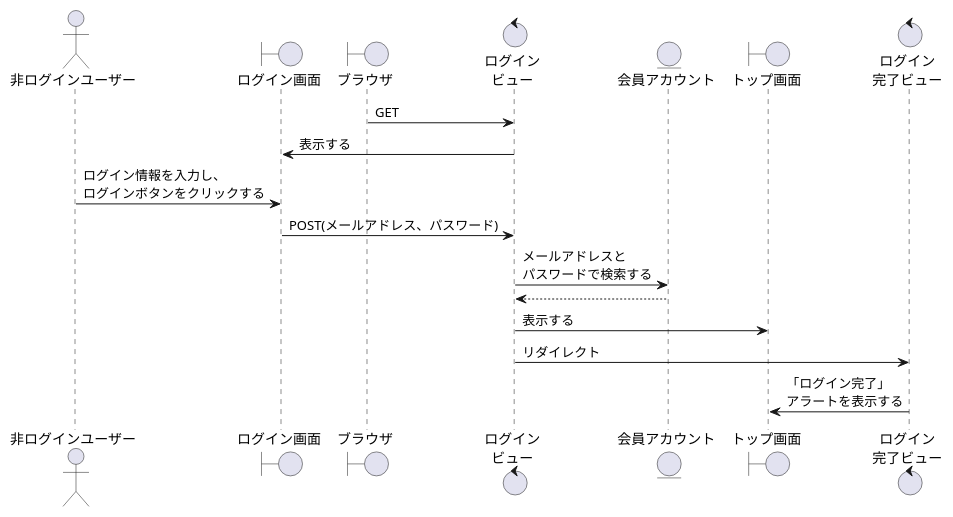
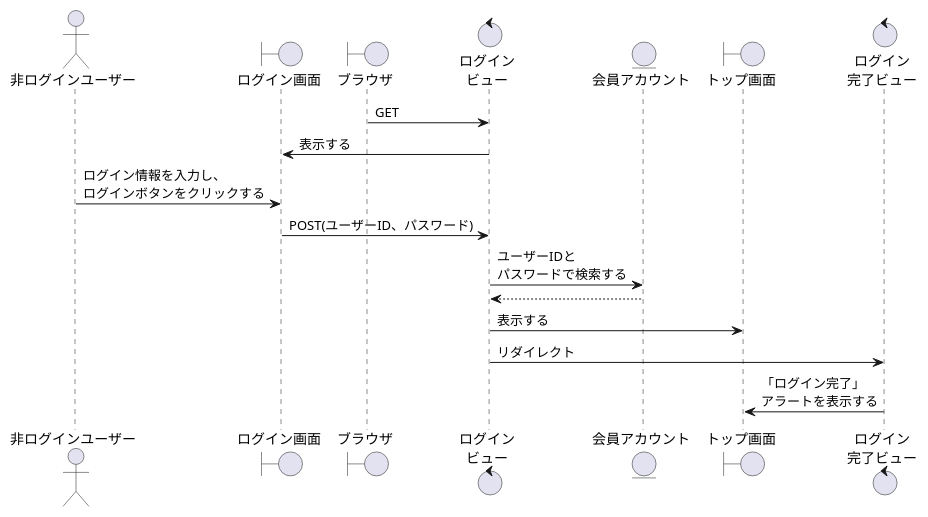
One commit to ysyk-wtnb16/team_D changed the diagram in 卒業研究/ログイン.wsd. Above: the diagram before and after it, drawn with PlantUML. The commit also changed 11 other files, not shown here.

```diff
--- a/卒業研究/ログイン.wsd
+++ b/卒業研究/ログイン.wsd
@@ -1,19 +1,19 @@
 @startuml login
 actor "非ログインユーザー" as nonlogin
 boundary "ログイン画面" as loginb
 boundary "ブラウザ" as brz
 control "ログイン\nビュー" as loginv
 entity "会員アカウント" as account
 boundary "トップ画面" as Topb
 control "ログイン\n完了ビュー" as loginokv
 
 brz -> loginv: GET
 loginb <- loginv: 表示する
 nonlogin -> loginb: ログイン情報を入力し、\nログインボタンをクリックする
-loginb -> loginv:POST(メールアドレス、パスワード)
-loginv -> account: メールアドレスと\nパスワードで検索する
+loginb -> loginv:POST(ユーザーID、パスワード)
+loginv -> account: ユーザーIDと\nパスワードで検索する
 loginv <-- account
 loginv -> Topb: 表示する
 loginv -> loginokv:リダイレクト
 Topb <- loginokv:「ログイン完了」\nアラートを表示する
 @enduml
```
